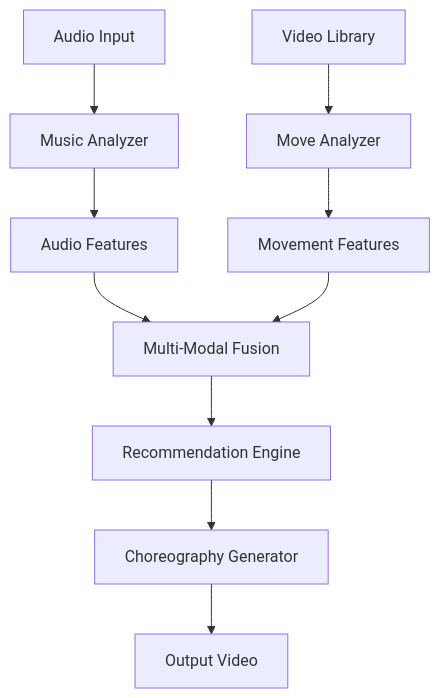
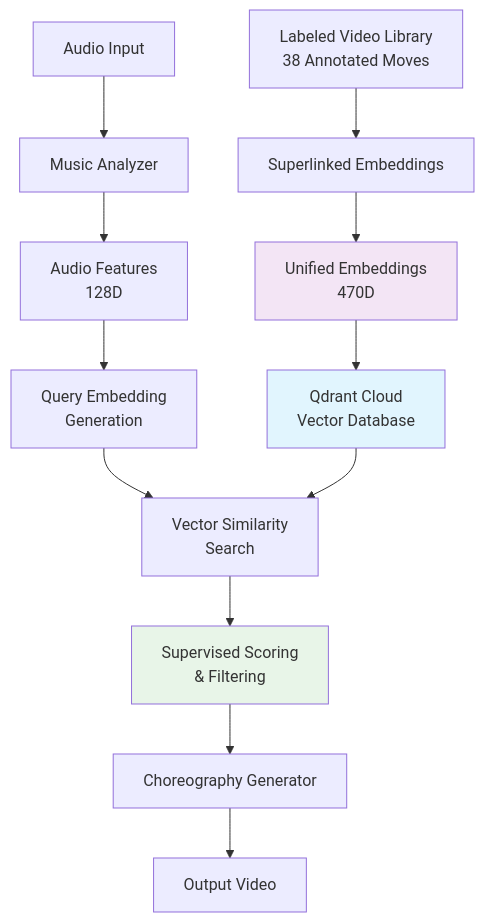
Before and after one commit to erickrex/bachata_vibes_qdrant: the first of 2 diagrams in README.md, drawn with Mermaid. The commit also changed other lines of this file and 1 other file, not shown here.

````diff
--- a/README.md
+++ b/README.md
@@ -21,12 +30,18 @@
 ```mermaid
 graph TB
     A[Audio Input] --> B[Music Analyzer]
-    V[Video Library] --> C[Move Analyzer]
-    B --> D[Audio Features]
-    C --> E[Movement Features]
-    D --> F[Multi-Modal Fusion]
-    E --> F
-    F --> G[Recommendation Engine]
-    G --> H[Choreography Generator]
-    H --> I[Output Video]
+    V[Labeled Video Library<br/>38 Annotated Moves] --> C[Superlinked Embeddings]
+    B --> D[Audio Features<br/>128D]
+    C --> E[Unified Embeddings<br/>470D]
+    D --> F[Query Embedding<br/>Generation]
+    E --> G[Qdrant Cloud<br/>Vector Database]
+    F --> H[Vector Similarity<br/>Search]
+    G --> H
+    H --> I[Supervised Scoring<br/>& Filtering]
+    I --> J[Choreography Generator]
+    J --> K[Output Video]
+    
+    style G fill:#e1f5fe
+    style E fill:#f3e5f5
+    style I fill:#e8f5e8
 ```
````
